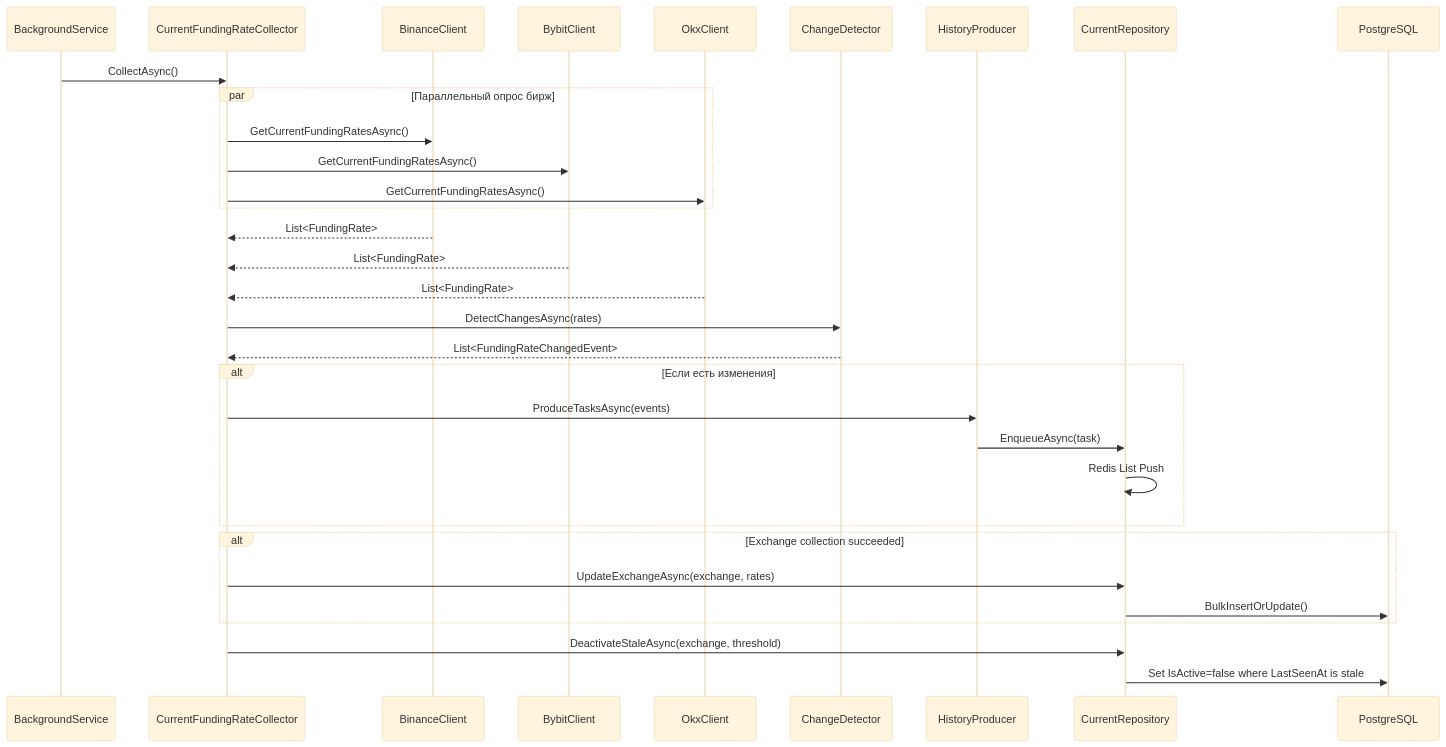
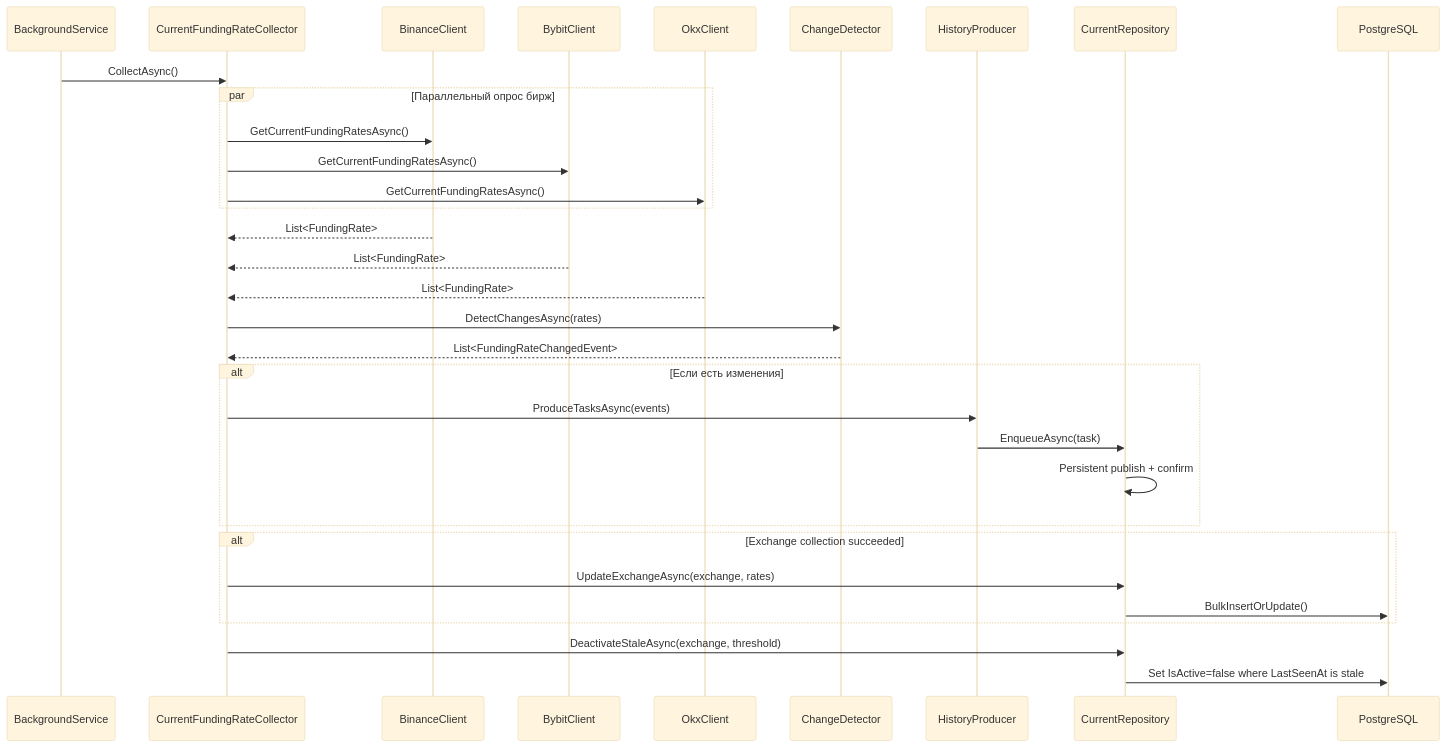
Before and after one commit to Grigory50012/FundingMonitor: the second of 6 diagrams in docs/architecture/USE_CASE_DIAGRAM.md, drawn with Mermaid (base theme). The commit also changed other lines of this file and 66 other files, not shown here.

````diff
--- a/docs/architecture/USE_CASE_DIAGRAM.md
+++ b/docs/architecture/USE_CASE_DIAGRAM.md
@@ -86,39 +86,39 @@
 ```mermaid
 sequenceDiagram
     participant BS as BackgroundService
     participant C as CurrentFundingRateCollector
     participant B as BinanceClient
     participant Y as BybitClient
     participant O as OkxClient
     participant D as ChangeDetector
     participant P as HistoryProducer
     participant R as CurrentRepository
     participant DB as PostgreSQL
 
     BS->>C: CollectAsync()
     par Параллельный опрос бирж
         C->>B: GetCurrentFundingRatesAsync()
         C->>Y: GetCurrentFundingRatesAsync()
         C->>O: GetCurrentFundingRatesAsync()
     end
     B-->>C: List<FundingRate>
     Y-->>C: List<FundingRate>
     O-->>C: List<FundingRate>
 
     C->>D: DetectChangesAsync(rates)
     D-->>C: List<FundingRateChangedEvent>
 
     alt Если есть изменения
         C->>P: ProduceTasksAsync(events)
         P->>R: EnqueueAsync(task)
-        R->>R: Redis List Push
+        R->>R: Persistent publish + confirm
     end
 
     alt Exchange collection succeeded
         C->>R: UpdateExchangeAsync(exchange, rates)
         R->>DB: BulkInsertOrUpdate()
     end
 
     C->>R: DeactivateStaleAsync(exchange, threshold)
     R->>DB: Set IsActive=false where LastSeenAt is stale
 ```
````
